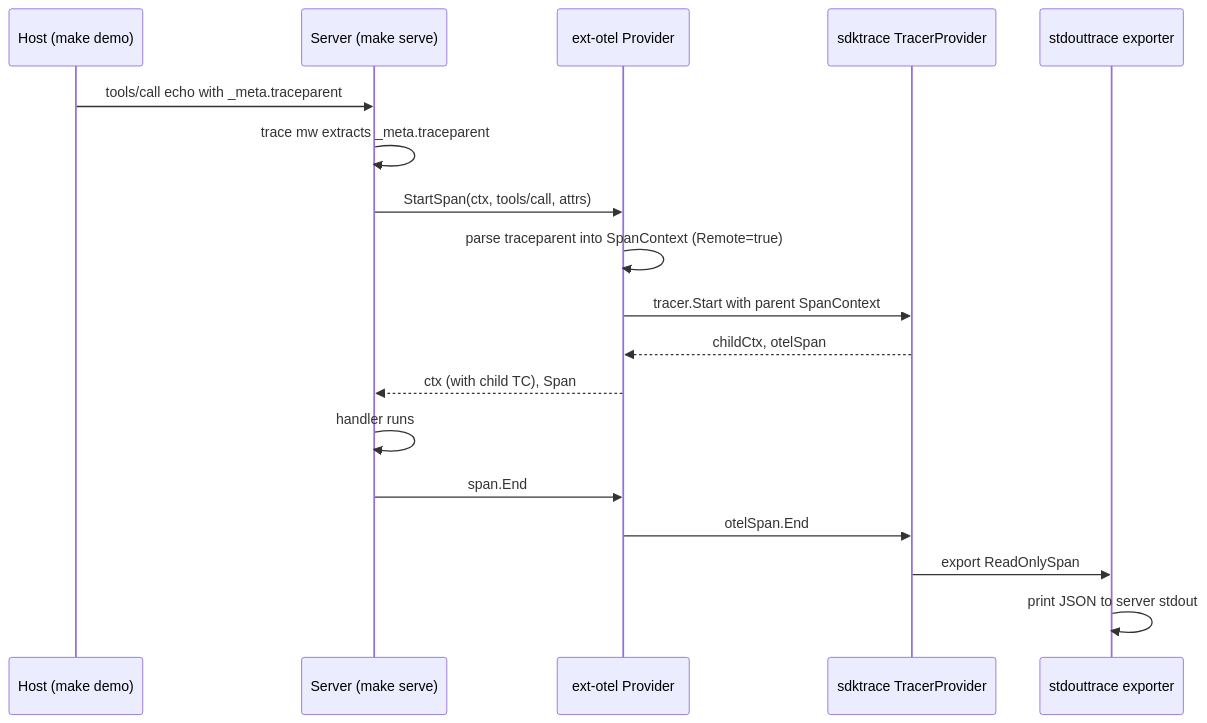
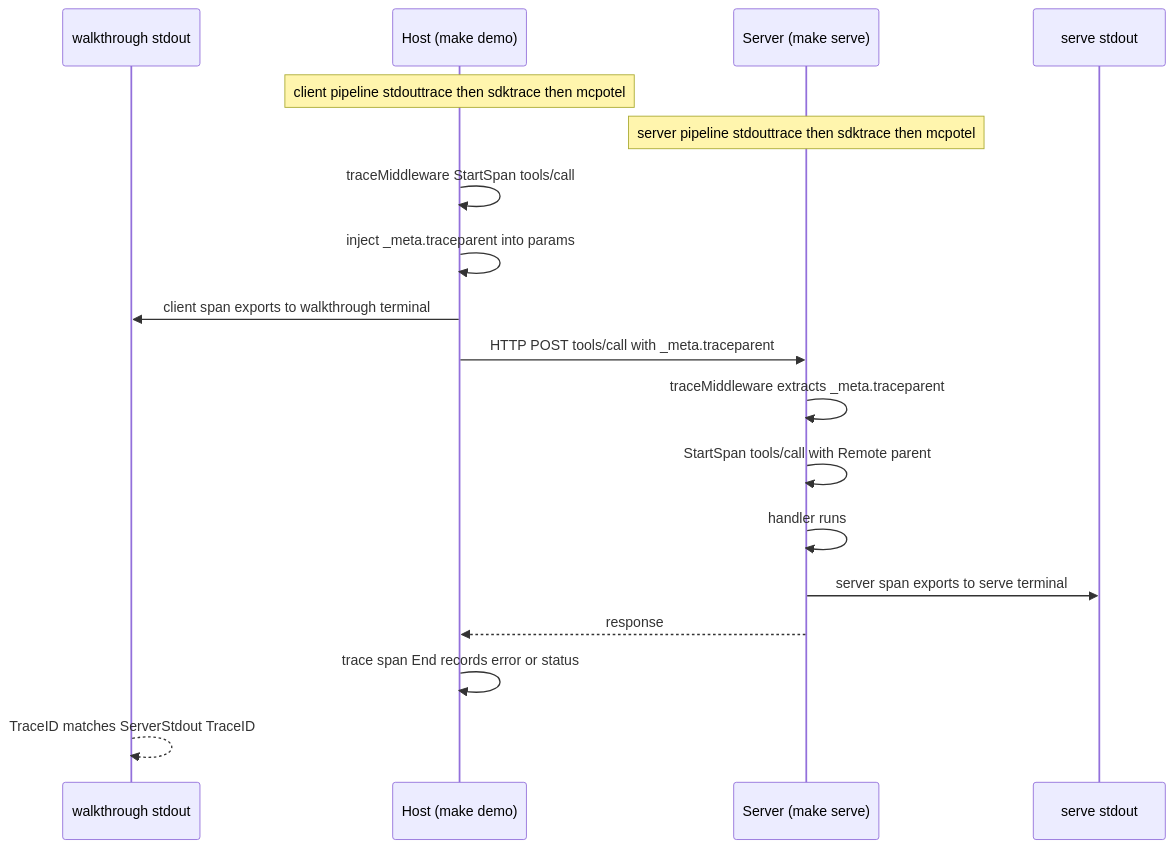
One commit to panyam/mcpkit changed the diagram in examples/otel/stdout/README.md. Above: the diagram before and after it, drawn with Mermaid. The commit also changed other lines of this file and 3 other files, not shown here.

````diff
--- a/examples/otel/stdout/README.md
+++ b/examples/otel/stdout/README.md
@@ -33,21 +45,22 @@
 ```mermaid
 sequenceDiagram
+    participant HostStdout as walkthrough stdout
     participant H as Host (make demo)
     participant SRV as Server (make serve)
-    participant ADP as ext-otel Provider
-    participant SDK as sdktrace TracerProvider
-    participant EXP as stdouttrace exporter
+    participant ServerStdout as serve stdout
 
-    H->>SRV: tools/call echo with _meta.traceparent
-    SRV->>SRV: trace mw extracts _meta.traceparent
-    SRV->>ADP: StartSpan(ctx, tools/call, attrs)
-    ADP->>ADP: parse traceparent into SpanContext (Remote=true)
-    ADP->>SDK: tracer.Start with parent SpanContext
-    SDK-->>ADP: childCtx, otelSpan
-    ADP-->>SRV: ctx (with child TC), Span
+    Note over H: client pipeline stdouttrace then sdktrace then mcpotel
+    Note over SRV: server pipeline stdouttrace then sdktrace then mcpotel
+
+    H->>H: traceMiddleware StartSpan tools/call
+    H->>H: inject _meta.traceparent into params
+    H->>HostStdout: client span exports to walkthrough terminal
+    H->>SRV: HTTP POST tools/call with _meta.traceparent
+    SRV->>SRV: traceMiddleware extracts _meta.traceparent
+    SRV->>SRV: StartSpan tools/call with Remote parent
     SRV->>SRV: handler runs
-    SRV->>ADP: span.End
-    ADP->>SDK: otelSpan.End
-    SDK->>EXP: export ReadOnlySpan
-    EXP->>EXP: print JSON to server stdout
+    SRV->>ServerStdout: server span exports to serve terminal
+    SRV-->>H: response
+    H->>H: trace span End records error or status
+    HostStdout-->>HostStdout: TraceID matches ServerStdout TraceID
 ```
````
